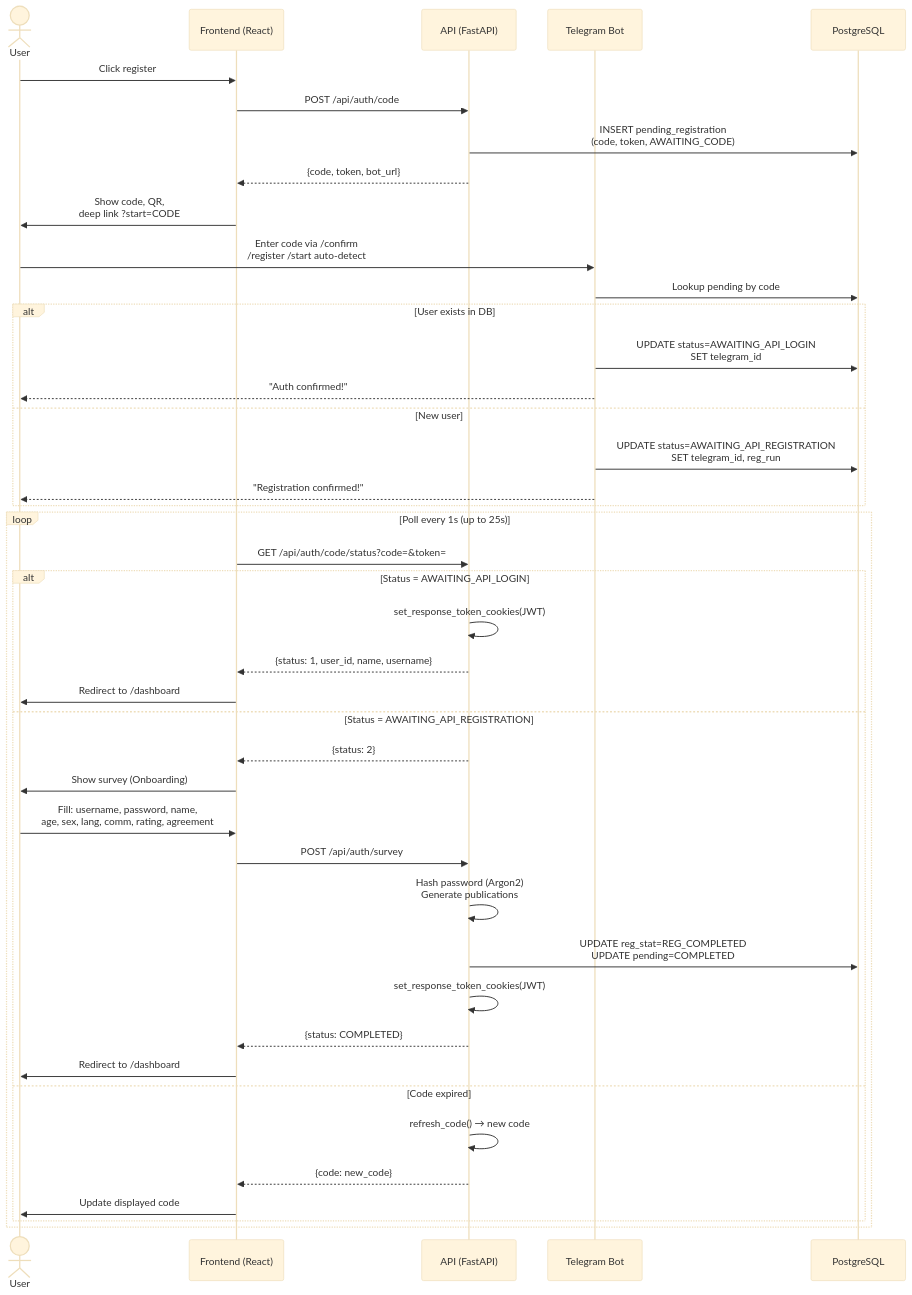
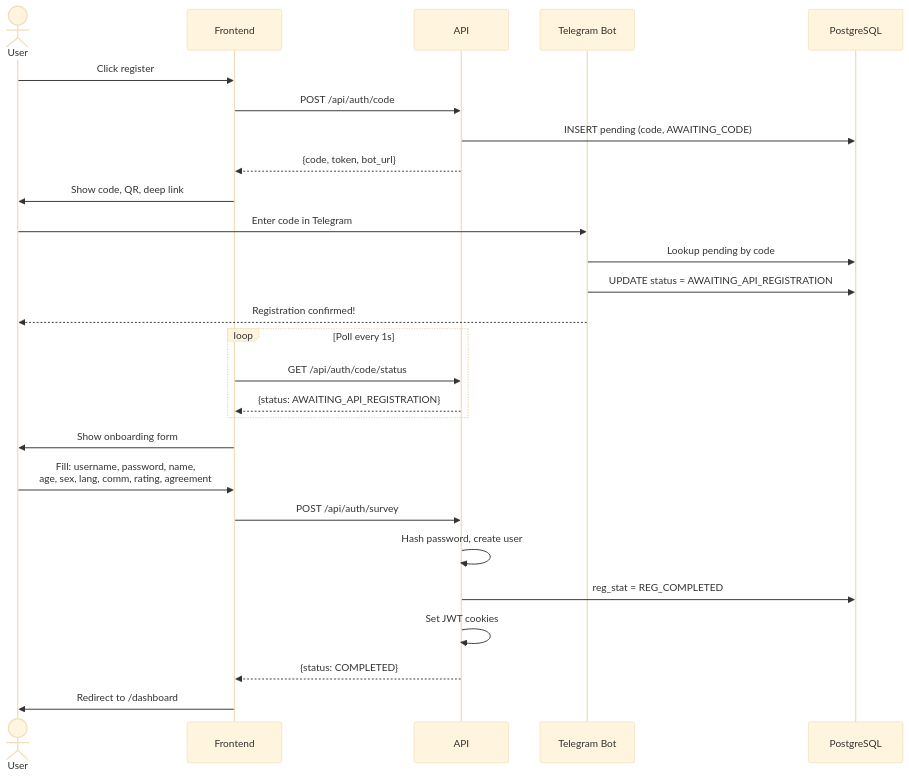
Before and after one commit to Faunistica/Faunistica_4.0: the diagram in docs/diagrams/registration.mmd, drawn with Mermaid (base theme). The commit also changed 14 other files, not shown here.

Commit message:
diagrams v2

```diff
--- a/docs/diagrams/registration.mmd
+++ b/docs/diagrams/registration.mmd
@@ -1,46 +1,31 @@
 sequenceDiagram
     actor User
-    participant Frontend as Frontend (React)
-    participant API as API (FastAPI)
+    participant Frontend as Frontend
+    participant API as API
     participant Bot as Telegram Bot
     participant DB as PostgreSQL
 
     User->>Frontend: Click register
     Frontend->>API: POST /api/auth/code
-    API->>DB: INSERT pending_registration<br/>(code, token, AWAITING_CODE)
+    API->>DB: INSERT pending (code, AWAITING_CODE)
     API-->>Frontend: {code, token, bot_url}
-    Frontend->>User: Show code, QR,<br/>deep link ?start=CODE
+    Frontend->>User: Show code, QR, deep link
 
-    User->>Bot: Enter code via /confirm<br/>/register /start auto-detect
+    User->>Bot: Enter code in Telegram
+    Bot->>DB: Lookup pending by code
+    Bot->>DB: UPDATE status = AWAITING_API_REGISTRATION
+    Bot-->>User: Registration confirmed!
 
-    Bot->>DB: Lookup pending by code
-    alt User exists in DB
-        Bot->>DB: UPDATE status=AWAITING_API_LOGIN<br/>SET telegram_id
-        Bot-->>User: "Auth confirmed!"
-    else New user
-        Bot->>DB: UPDATE status=AWAITING_API_REGISTRATION<br/>SET telegram_id, reg_run
-        Bot-->>User: "Registration confirmed!"
+    loop Poll every 1s
+        Frontend->>API: GET /api/auth/code/status
+        API-->>Frontend: {status: AWAITING_API_REGISTRATION}
     end
 
-    loop Poll every 1s (up to 25s)
-        Frontend->>API: GET /api/auth/code/status?code=&token=
-        alt Status = AWAITING_API_LOGIN
-            API->>API: set_response_token_cookies(JWT)
-            API-->>Frontend: {status: 1, user_id, name, username}
-            Frontend->>User: Redirect to /dashboard
-        else Status = AWAITING_API_REGISTRATION
-            API-->>Frontend: {status: 2}
-            Frontend->>User: Show survey (Onboarding)
-            User->>Frontend: Fill: username, password, name,<br/>age, sex, lang, comm, rating, agreement
-            Frontend->>API: POST /api/auth/survey
-            API->>API: Hash password (Argon2)<br/>Generate publications
-            API->>DB: UPDATE reg_stat=REG_COMPLETED<br/>UPDATE pending=COMPLETED
-            API->>API: set_response_token_cookies(JWT)
-            API-->>Frontend: {status: COMPLETED}
-            Frontend->>User: Redirect to /dashboard
-        else Code expired
-            API->>API: refresh_code() → new code
-            API-->>Frontend: {code: new_code}
-            Frontend->>User: Update displayed code
-        end
-    end
+    Frontend->>User: Show onboarding form
+    User->>Frontend: Fill: username, password, name,<br/>age, sex, lang, comm, rating, agreement
+    Frontend->>API: POST /api/auth/survey
+    API->>API: Hash password, create user
+    API->>DB: reg_stat = REG_COMPLETED
+    API->>API: Set JWT cookies
+    API-->>Frontend: {status: COMPLETED}
+    Frontend->>User: Redirect to /dashboard
```
